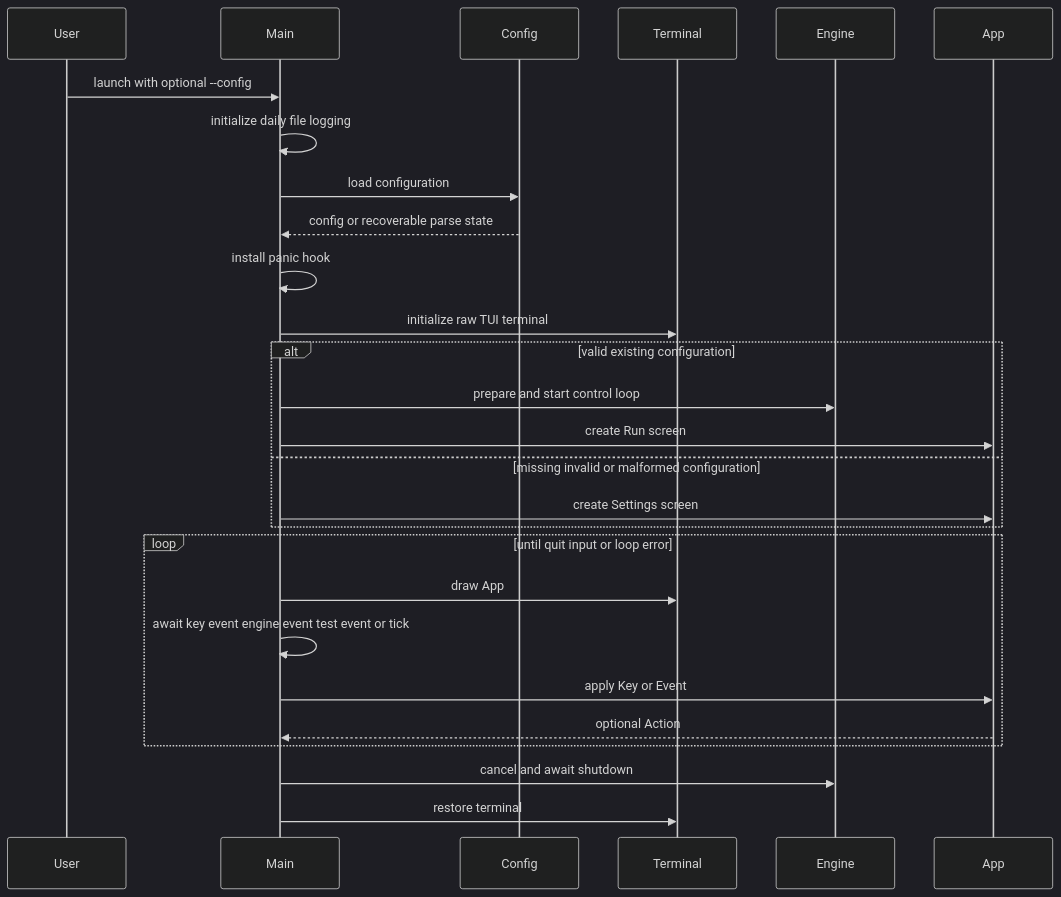
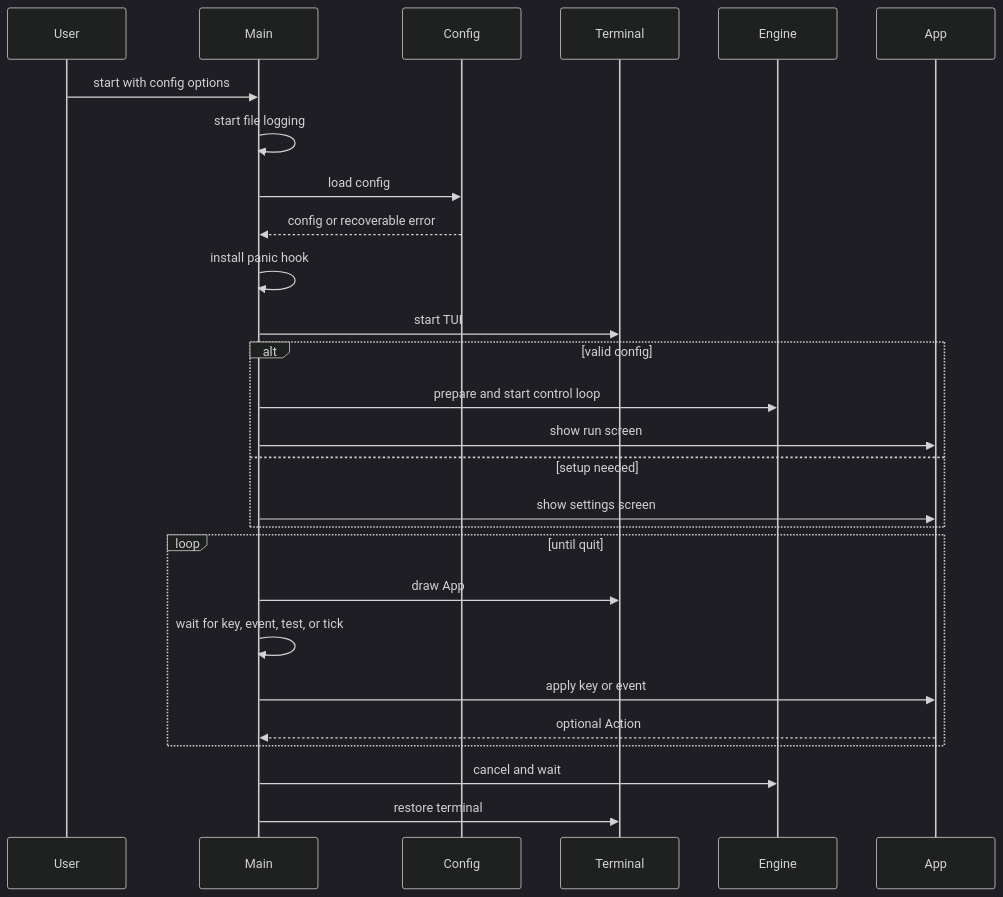
The second of 4 diagrams in ARCHITECTURE.md (brunojppb/immich-alt-text), drawn with Mermaid (dark theme) before and after one commit. The commit also changed other lines of this file and 1 other file, not shown here.

````diff
--- a/ARCHITECTURE.md
+++ b/ARCHITECTURE.md
@@ -81,30 +112,30 @@
 ```mermaid
 sequenceDiagram
     participant User
     participant Main
     participant Config
     participant Terminal
     participant Engine
     participant App
 
-    User->>Main: launch with optional --config
-    Main->>Main: initialize daily file logging
-    Main->>Config: load configuration
-    Config-->>Main: config or recoverable parse state
+    User->>Main: start with config options
+    Main->>Main: start file logging
+    Main->>Config: load config
+    Config-->>Main: config or recoverable error
     Main->>Main: install panic hook
-    Main->>Terminal: initialize raw TUI terminal
-    alt valid existing configuration
+    Main->>Terminal: start TUI
+    alt valid config
         Main->>Engine: prepare and start control loop
-        Main->>App: create Run screen
-    else missing invalid or malformed configuration
-        Main->>App: create Settings screen
+        Main->>App: show run screen
+    else setup needed
+        Main->>App: show settings screen
     end
-    loop until quit input or loop error
+    loop until quit
         Main->>Terminal: draw App
-        Main->>Main: await key event engine event test event or tick
-        Main->>App: apply Key or Event
+        Main->>Main: wait for key, event, test, or tick
+        Main->>App: apply key or event
         App-->>Main: optional Action
     end
-    Main->>Engine: cancel and await shutdown
+    Main->>Engine: cancel and wait
     Main->>Terminal: restore terminal
 ```
````
